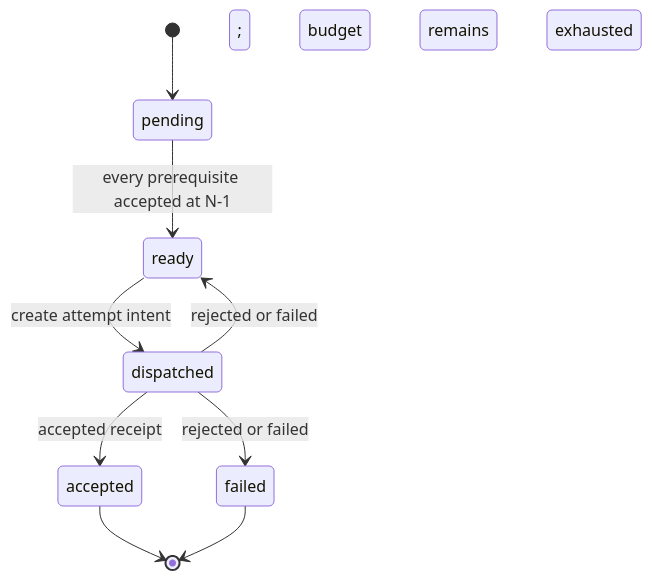
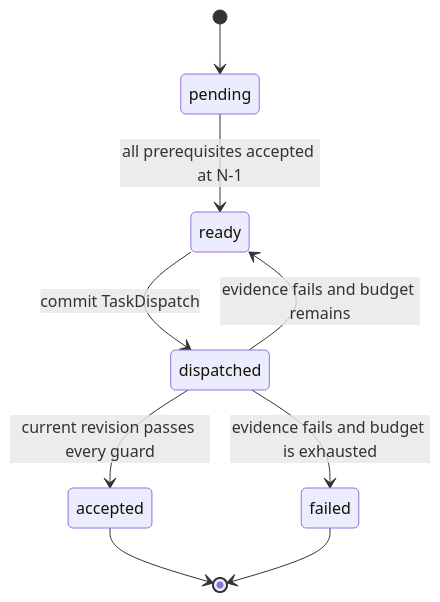
One commit to VangelisTech/archetype changed the third of 3 diagrams in docs/guide/agent-missions.md. Above: the diagram before and after it, drawn with Mermaid. The commit also changed other lines of this file, not shown here.

````diff
--- a/docs/guide/agent-missions.md
+++ b/docs/guide/agent-missions.md
@@ -266,11 +240,11 @@
 ```mermaid
 stateDiagram-v2
     [*] --> pending
-    pending --> ready: every prerequisite accepted at N-1
-    ready --> dispatched: create attempt intent
-    dispatched --> accepted: accepted receipt
-    dispatched --> ready: rejected or failed; budget remains
-    dispatched --> failed: rejected or failed; budget exhausted
+    pending --> ready: all prerequisites accepted at N-1
+    ready --> dispatched: commit TaskDispatch
+    dispatched --> accepted: current revision passes every guard
+    dispatched --> ready: evidence fails and budget remains
+    dispatched --> failed: evidence fails and budget is exhausted
     accepted --> [*]
     failed --> [*]
 ```
````
